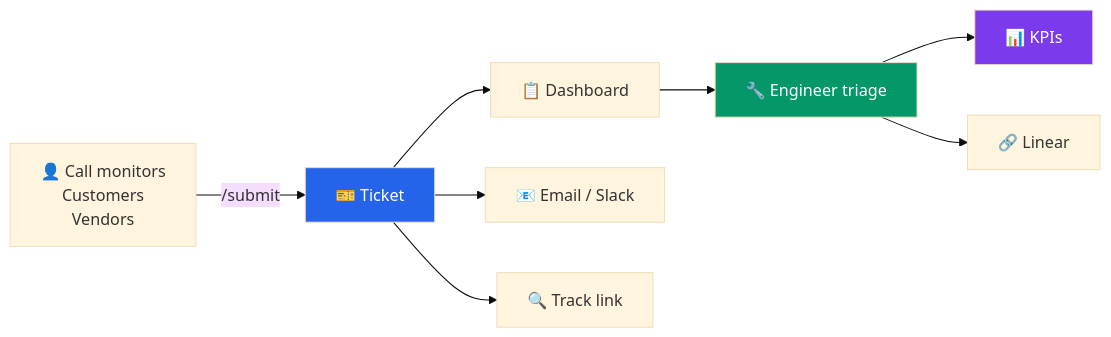
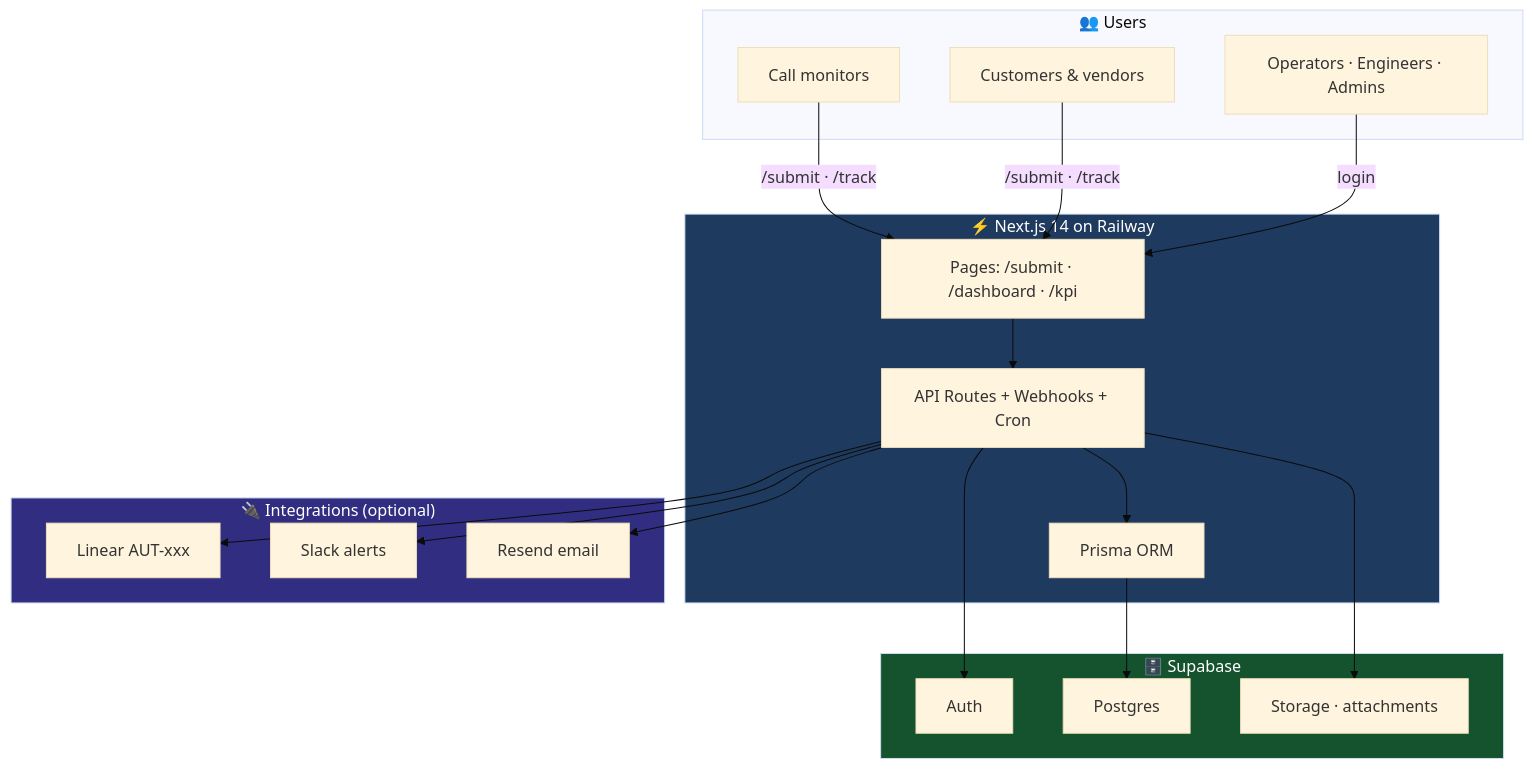
One commit to SandaAbhishekSagar/autoace-internal-ticketing-dashboard changed the first of 10 diagrams in README.md. Above: the diagram before and after it, drawn with Mermaid (base theme). The commit also changed other lines of this file and 1 other file, not shown here.

Commit message:
Fix README diagrams: replace blocked SVGs with Mermaid, add Slack invite

````diff
--- a/README.md
+++ b/README.md
@@ -24,14 +29,37 @@
 ```mermaid
-flowchart LR
-    A["👤 Call monitors<br/>Customers<br/>Vendors"] -->|"/submit"| B["🎫 Ticket"]
-    B --> C["📋 Dashboard"]
-    C --> D["🔧 Engineer triage"]
-    D --> E["📊 KPIs"]
-    D --> F["🔗 Linear"]
-    B --> G["📧 Email / Slack"]
-    B --> H["🔍 Track link"]
+flowchart TB
+    subgraph Users["👥 Users"]
+        U1["Call monitors"]
+        U2["Customers & vendors"]
+        U3["Operators · Engineers · Admins"]
+    end
 
-    style B fill:#2563eb,color:#fff
-    style D fill:#059669,color:#fff
-    style E fill:#7c3aed,color:#fff
+    subgraph App["⚡ Next.js 14 on Railway"]
+        WEB["Pages: /submit · /dashboard · /kpi"]
+        API["API Routes + Webhooks + Cron"]
+        PRISMA["Prisma ORM"]
+    end
+
+    subgraph Supabase["🗄️ Supabase"]
+        AUTH["Auth"]
+        DB["Postgres"]
+        STORE["Storage · attachments"]
+    end
+
+    subgraph External["🔌 Integrations (optional)"]
+        LIN["Linear AUT-xxx"]
+        SLK["Slack alerts"]
+        EM["Resend email"]
+    end
+
+    U1 & U2 -->|"/submit · /track"| WEB
+    U3 -->|login| WEB
+    WEB --> API --> PRISMA --> DB
+    API --> AUTH
+    API --> STORE
+    API --> LIN & SLK & EM
+
+    style App fill:#1e3a5f,color:#fff
+    style Supabase fill:#14532d,color:#fff
+    style External fill:#312e81,color:#fff
 ```
````
